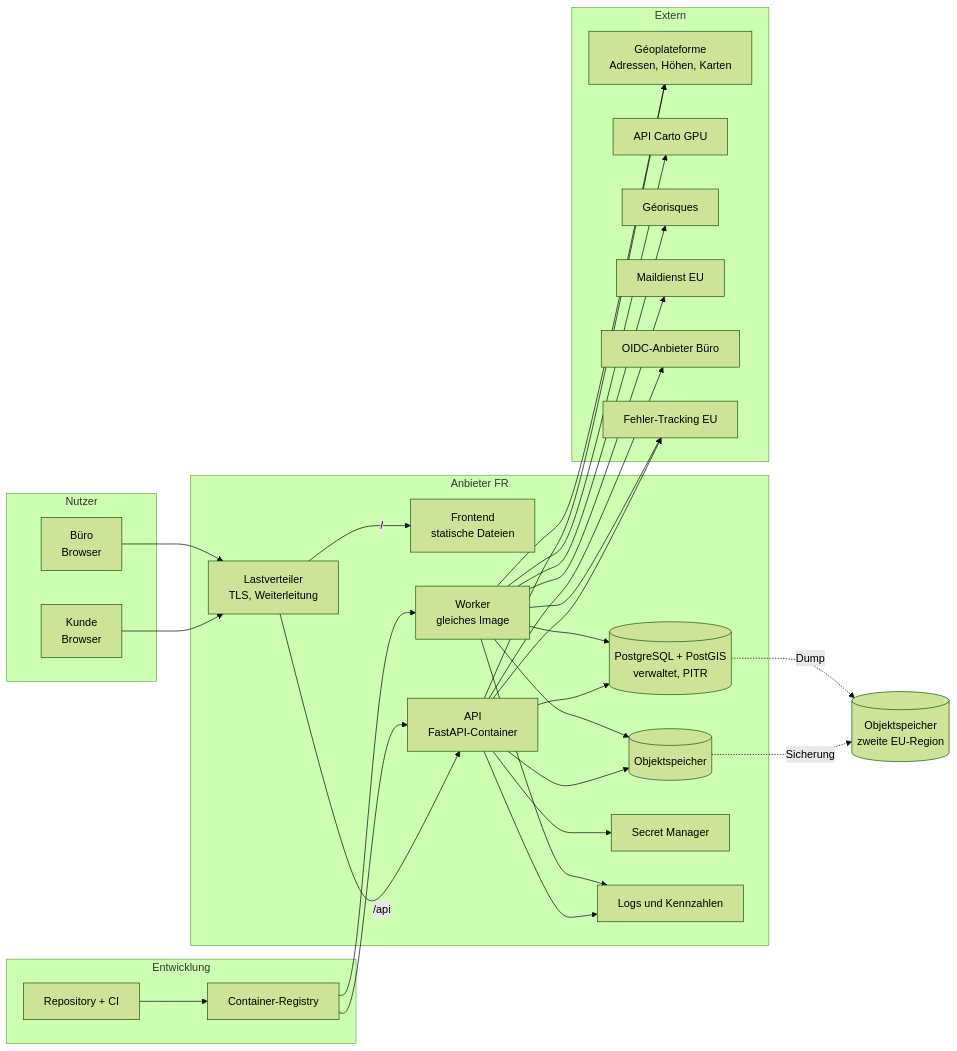
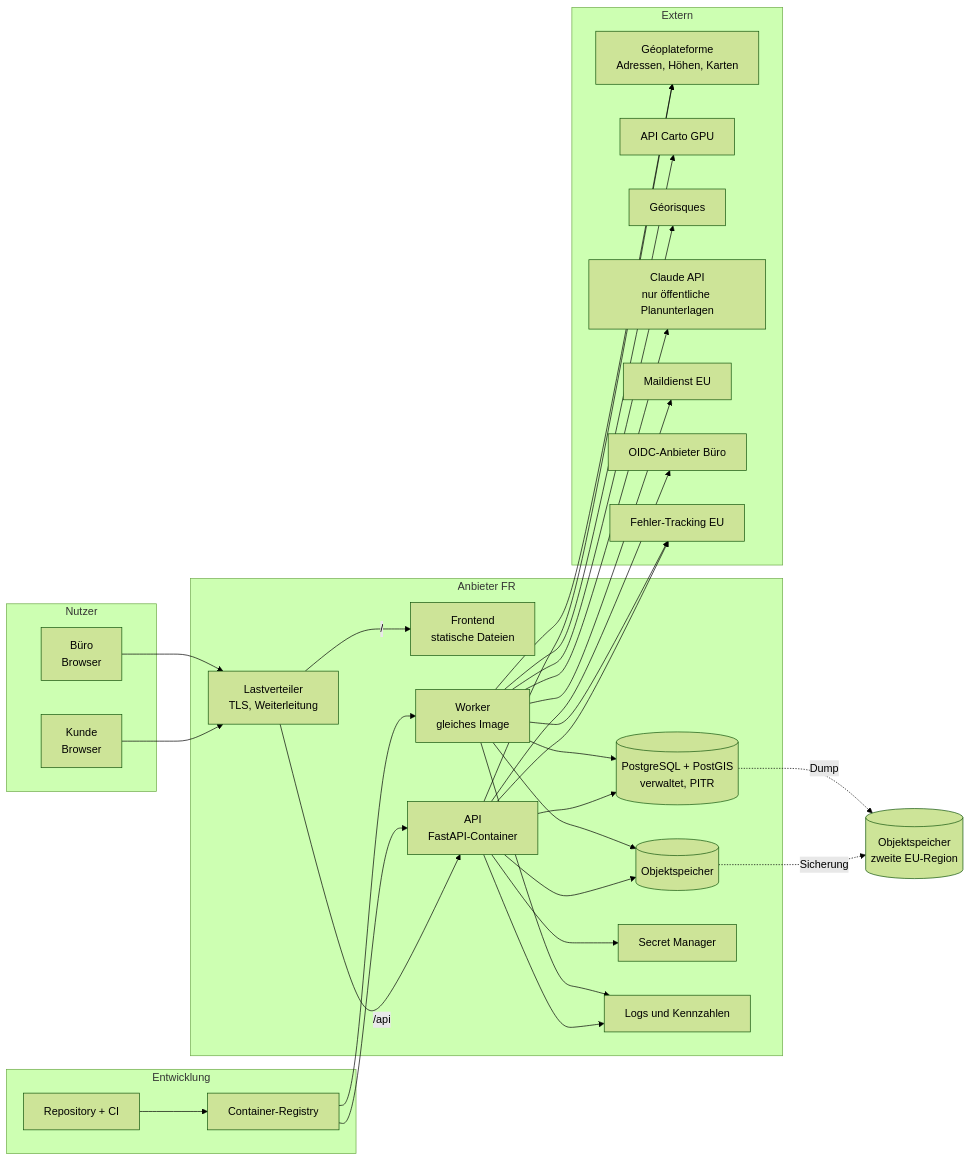
The third of 3 diagrams in UMSETZUNGSPLAN.md (DieDaddelecke/building-configurator), drawn with Mermaid (forest theme) before and after one commit. The commit also changed other lines of this file, not shown here.

````diff
--- a/UMSETZUNGSPLAN.md
+++ b/UMSETZUNGSPLAN.md
@@ -390,52 +405,54 @@
 ```mermaid
 flowchart LR
   subgraph Nutzer
     K[Kunde<br/>Browser]
     BU[Büro<br/>Browser]
   end
   subgraph Anbieter FR
     LB[Lastverteiler<br/>TLS, Weiterleitung]
     FE[Frontend<br/>statische Dateien]
     API[API<br/>FastAPI-Container]
     WK[Worker<br/>gleiches Image]
     DB[(PostgreSQL + PostGIS<br/>verwaltet, PITR)]
     S3[(Objektspeicher)]
     SEC[Secret Manager]
     LOG[Logs und Kennzahlen]
   end
   subgraph Extern
     IGN[Géoplateforme<br/>Adressen, Höhen, Karten]
     GPU[API Carto GPU]
     GR[Géorisques]
+    LLM[Claude API<br/>nur öffentliche Planunterlagen]
     MAIL[Maildienst EU]
     IDP[OIDC-Anbieter Büro]
     ERR[Fehler-Tracking EU]
   end
   subgraph Entwicklung
     GIT[Repository + CI]
     REG[Container-Registry]
   end
   K --> LB
   BU --> LB
   LB -->|/| FE
   LB -->|/api| API
   API --> DB
   API --> S3
   WK --> DB
   WK --> S3
   API --> IGN
   WK --> IGN
   WK --> GPU
   WK --> GR
+  WK --> LLM
   WK --> MAIL
   API --> IDP
   API --> ERR
   WK --> ERR
   API --> SEC
   API --> LOG
   WK --> LOG
   GIT --> REG --> API
   REG --> WK
   S3 -.->|Sicherung| S3B[(Objektspeicher<br/>zweite EU-Region)]
   DB -.->|Dump| S3B
 ```
````
